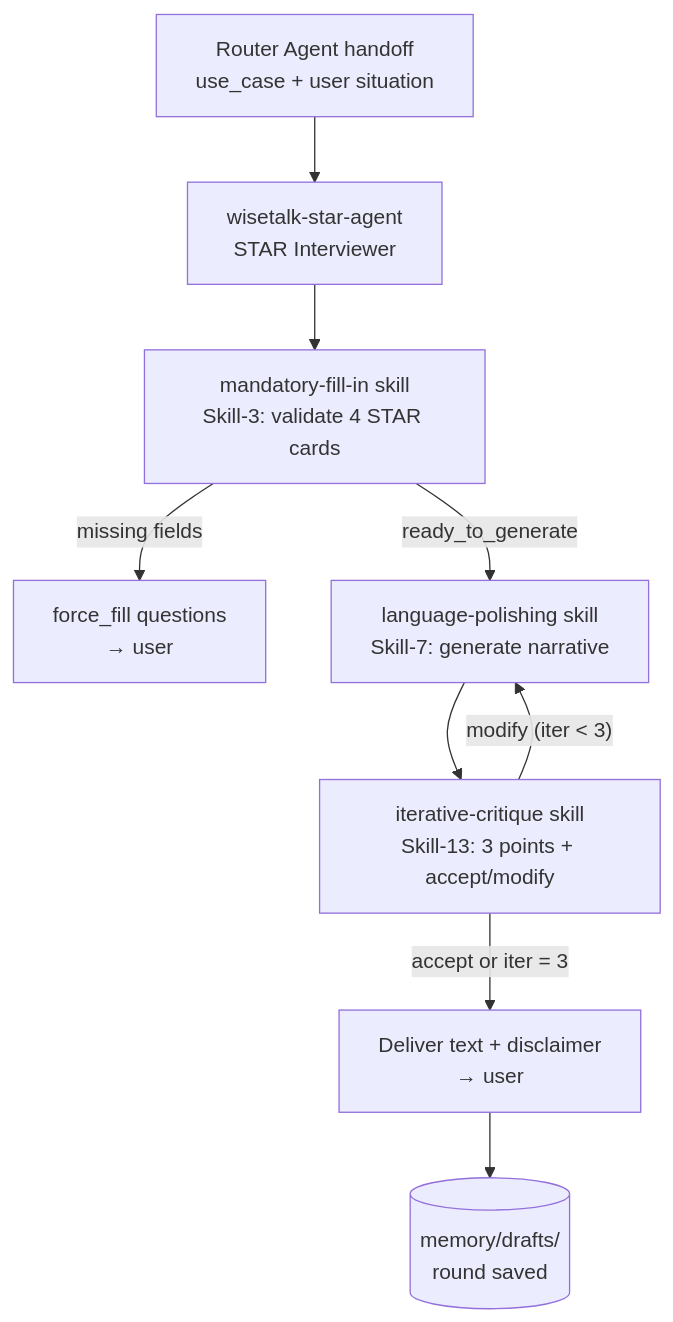
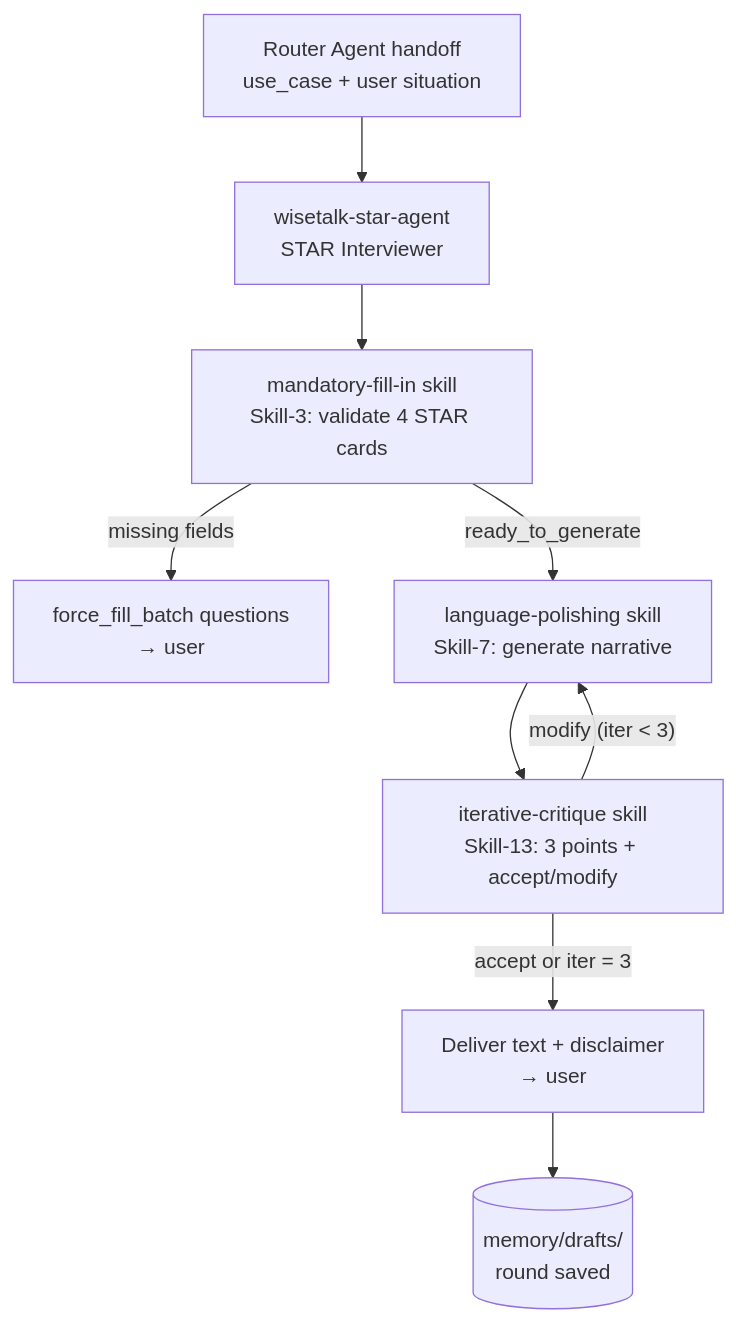
The diagram in agents/wisetalk-star-agent/intake-form.md (ay4322-a11y/WiseTalk_GOAI), drawn with Mermaid before and after one commit. The commit also changed other lines of this file and 128 other files, not shown here.

````diff
--- a/agents/wisetalk-star-agent/intake-form.md
+++ b/agents/wisetalk-star-agent/intake-form.md
@@ -59,11 +59,11 @@
 ```mermaid
 flowchart TD
     U[Router Agent handoff<br/>use_case + user situation] --> A[wisetalk-star-agent<br/>STAR Interviewer]
     A --> S3[mandatory-fill-in skill<br/>Skill-3: validate 4 STAR cards]
-    S3 -- missing fields --> U2[force_fill questions<br/>→ user]
+    S3 -- missing fields --> U2[force_fill_batch questions<br/>→ user]
     S3 -- ready_to_generate --> S7[language-polishing skill<br/>Skill-7: generate narrative]
     S7 --> S13[iterative-critique skill<br/>Skill-13: 3 points + accept/modify]
     S13 -- modify (iter < 3) --> S7
     S13 -- accept or iter = 3 --> D[Deliver text + disclaimer<br/>→ user]
     D --> M[(memory/drafts/<br/>round saved)]
 ```
````
